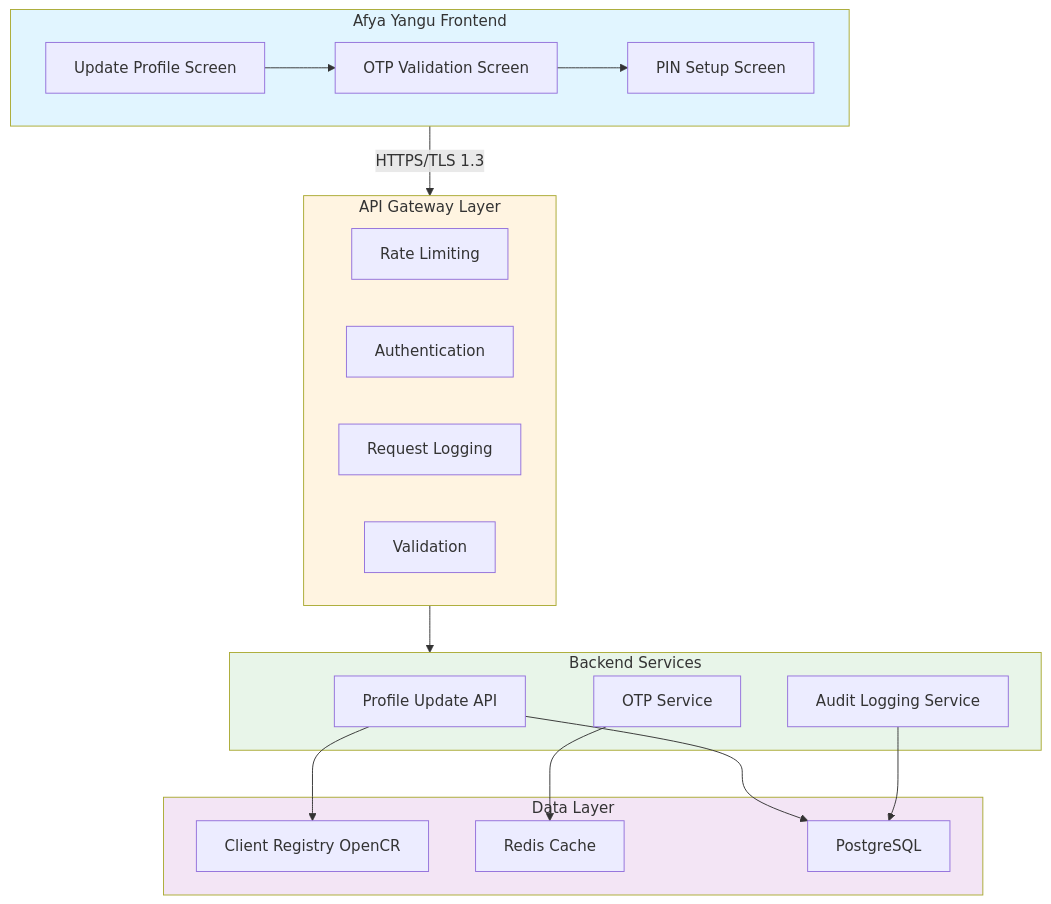
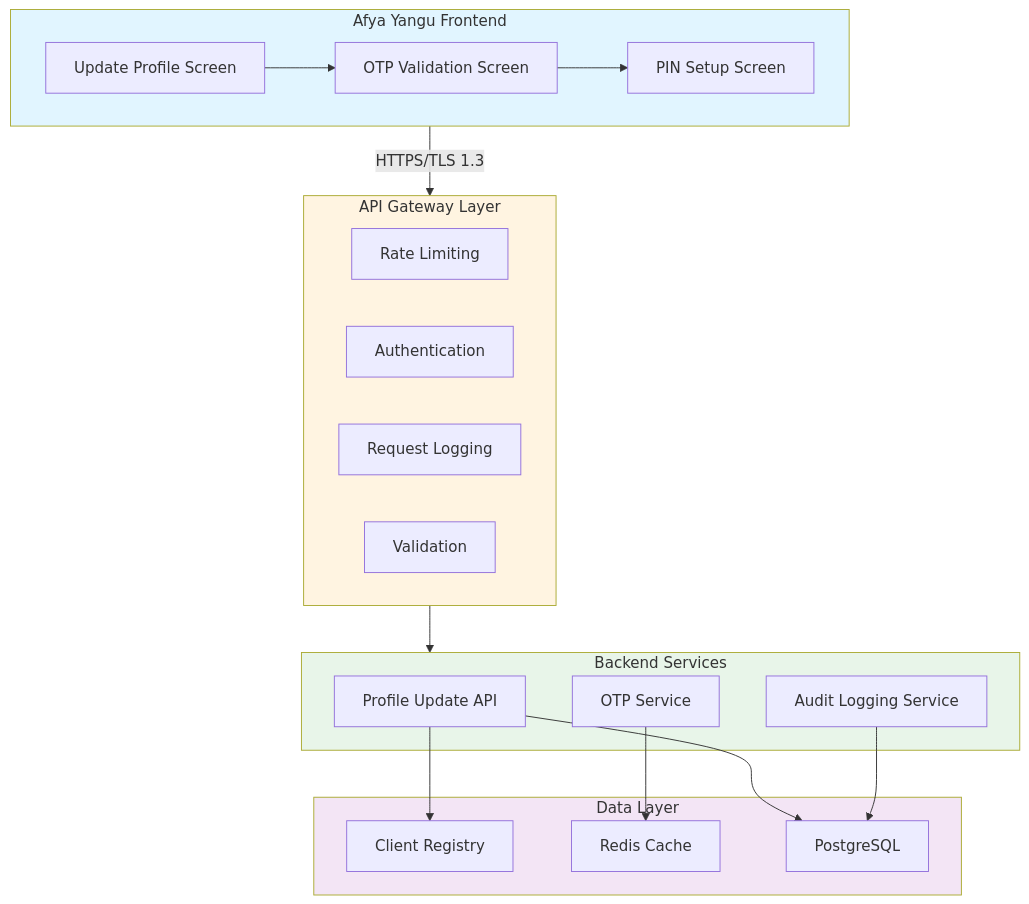
Before and after one commit to ageryck/Sample-Test-Codes: the first of 2 diagrams in AfyaYangu/afya_yangu_profile_update_technical_scoping.md, drawn with Mermaid.

Commit message:
AY update profile scoping

````diff
--- a/AfyaYangu/afya_yangu_profile_update_technical_scoping.md
+++ b/AfyaYangu/afya_yangu_profile_update_technical_scoping.md
@@ -36,40 +36,40 @@
 ```mermaid
 graph TB
     subgraph Frontend["Afya Yangu Frontend"]
         A[Update Profile Screen]
         B[OTP Validation Screen]
         C[PIN Setup Screen]
         A --> B --> C
     end
     
     subgraph Gateway["API Gateway Layer"]
         D[Rate Limiting]
         E[Authentication]
         F[Request Logging]
         G[Validation]
     end
     
     subgraph Backend["Backend Services"]
         H[Profile Update API]
         I[OTP Service]
         J[Audit Logging Service]
     end
     
     subgraph Data["Data Layer"]
-        K[Client Registry OpenCR]
+        K[Client Registry]
         L[Redis Cache]
         M[PostgreSQL]
     end
     
     Frontend -->|HTTPS/TLS 1.3| Gateway
     Gateway --> Backend
     H --> K
     I --> L
     H --> M
     J --> M
     
     style Frontend fill:#e1f5ff
     style Gateway fill:#fff4e1
     style Backend fill:#e8f5e9
     style Data fill:#f3e5f5
 ```
````
